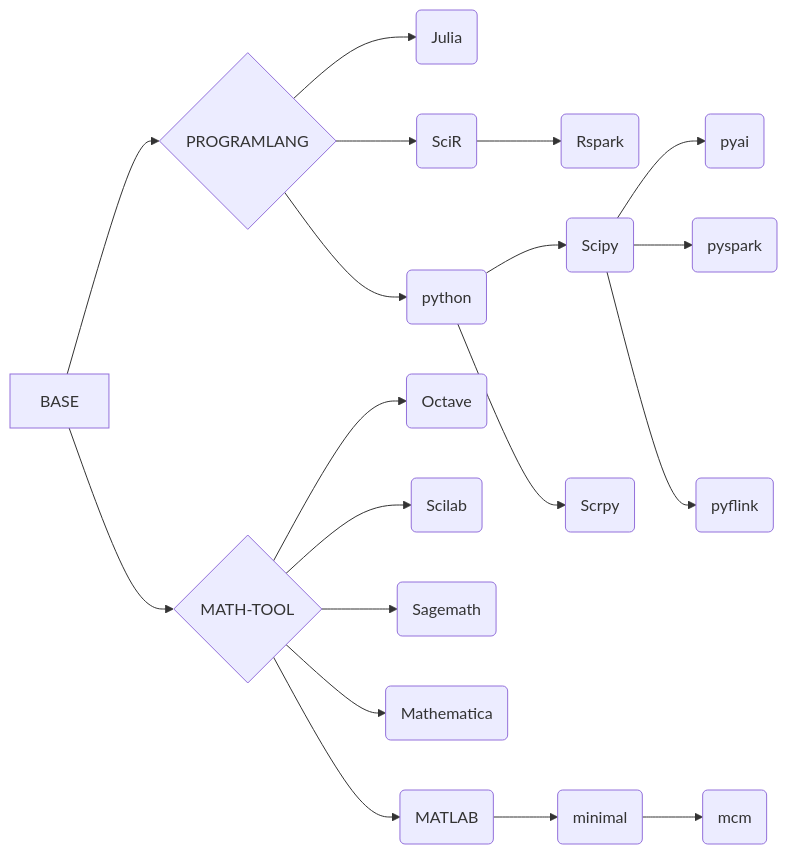
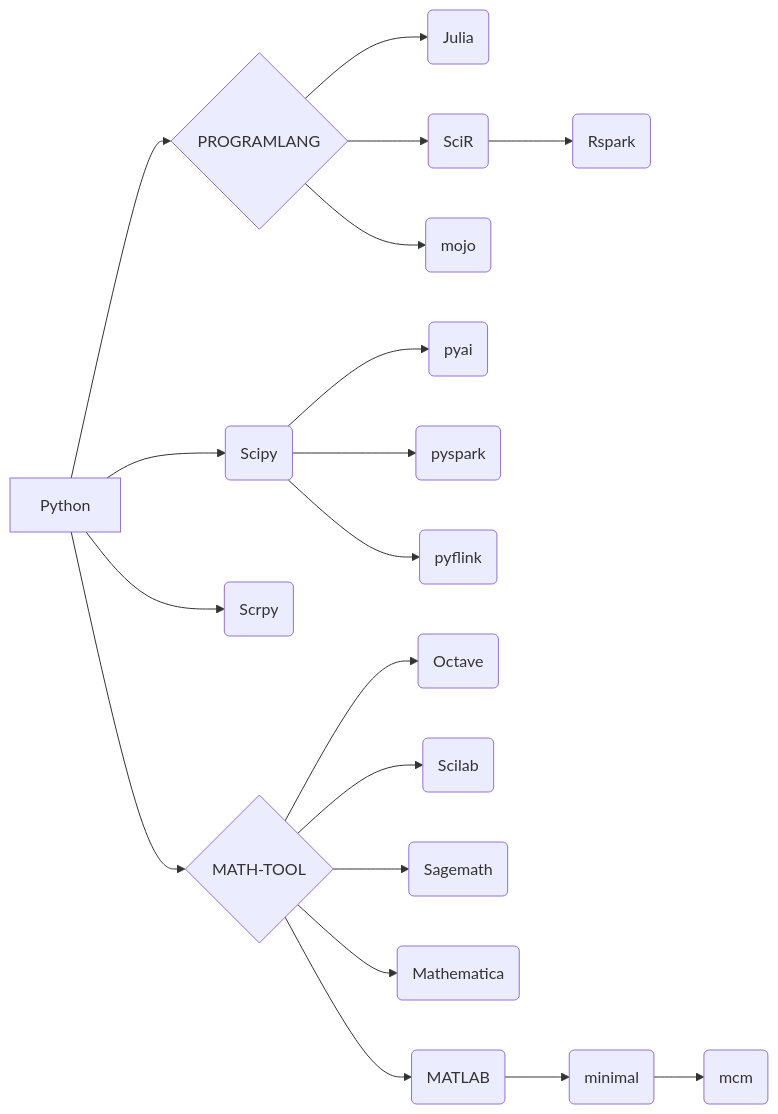
One commit to ben0i0d/jupyter changed the diagram in README.md. Above: the diagram before and after it, drawn with Mermaid. The commit also changed 24 other files, not shown here.

````diff
--- a/README.md
+++ b/README.md
@@ -77,17 +77,17 @@
 ```mermaid
 graph LR
-BASE-->PROGRAM{PROGRAMLANG}
+Python-->PROGRAM{PROGRAMLANG}
 PROGRAM-->PC(Julia)
 PROGRAM-->PD(SciR)-->PDA(Rspark)
-PROGRAM-->PR(python)
-PR-->PRA(Scipy)
-PR-->PRB(Scrpy)
+PROGRAM-->PR(mojo)
+Python-->PRA(Scipy)
+Python-->PRB(Scrpy)
 PRA-->PRAA(pyai)  
 PRA-->PRAB(pyspark)  
 PRA-->PRAC(pyflink)  
-BASE-->MATH{MATH-TOOL}-->MA(Octave)
+Python-->MATH{MATH-TOOL}-->MA(Octave)
 MATH-->MB(Scilab)
 MATH-->MC(Sagemath)
 MATH-->ME(Mathematica)
 MATH-->MD(MATLAB)-->MDA(minimal)-->MDAA(mcm)
 ```
````
